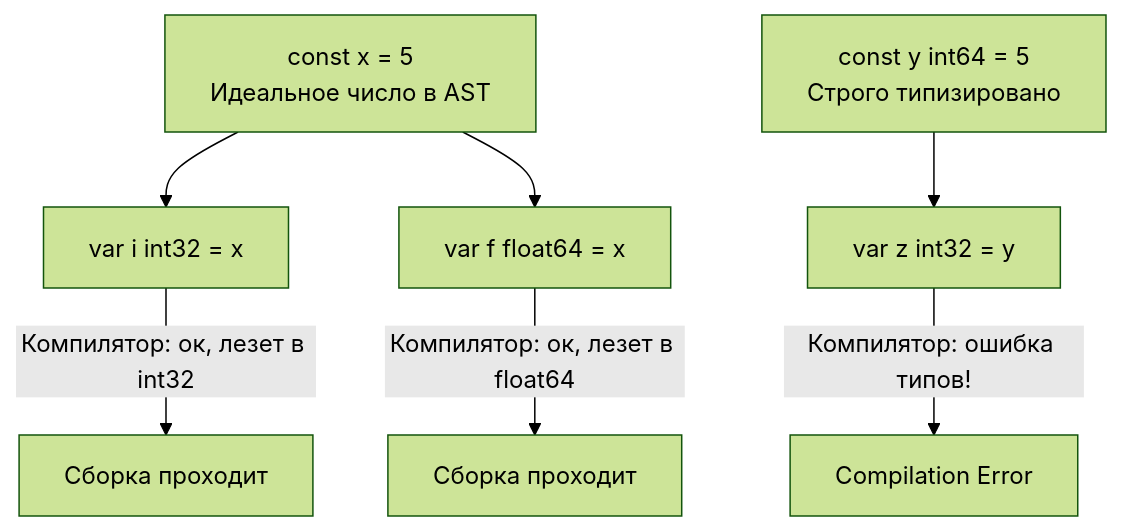
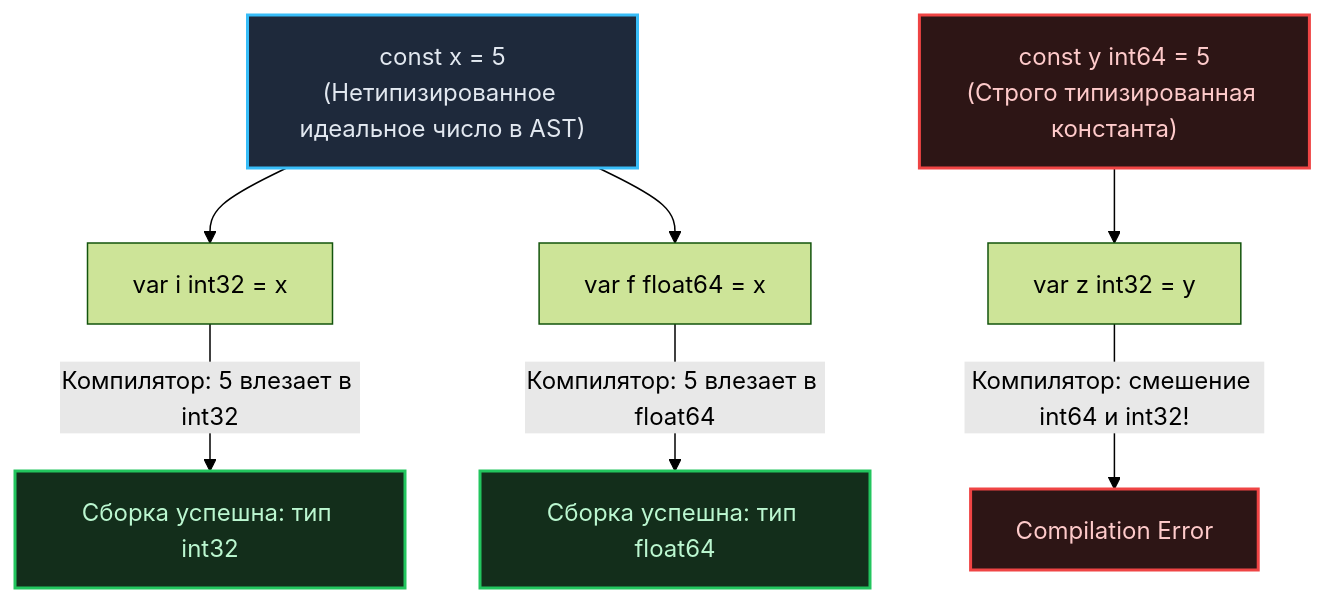
The diagram in sources/5. Учебник по Go (Основы и синтаксис)/5. Переменные, константы и вывод типа.md (UnrealTemplier/go-textbook), drawn with Mermaid (forest theme) before and after one commit. The commit also changed other lines of this file, not shown here.

````diff
--- a/sources/5. Учебник по Go (Основы и синтаксис)/5. Переменные, константы и вывод типа.md
+++ b/sources/5. Учебник по Go (Основы и синтаксис)/5. Переменные, константы и вывод типа.md
@@ -116,10 +135,16 @@
 ```mermaid
 flowchart TD
-    C["const x = 5<br>Идеальное число в AST"] --> A["var i int32 = x"]
+    C["const x = 5<br>(Нетипизированное идеальное число в AST)"] --> A["var i int32 = x"]
     C --> B["var f float64 = x"]
-    A -->|"Компилятор: ок, лезет в int32"| CA["Сборка проходит"]
-    B -->|"Компилятор: ок, лезет в float64"| CB["Сборка проходит"]
+    A -->|"Компилятор: 5 влезает в int32"| CA["Сборка успешна: тип int32"]
+    B -->|"Компилятор: 5 влезает в float64"| CB["Сборка успешна: тип float64"]
     
-    C2["const y int64 = 5<br>Строго типизировано"] --> D["var z int32 = y"]
-    D -->|"Компилятор: ошибка типов!"| E["Compilation Error"]
+    C2["const y int64 = 5<br>(Строго типизированная константа)"] --> D["var z int32 = y"]
+    D -->|"Компилятор: смешение int64 и int32!"| E["Compilation Error"]
+    
+    style C fill:#1e293b,stroke:#38bdf8,stroke-width:2px,color:#e2e8f0
+    style C2 fill:#2d1515,stroke:#ef4444,stroke-width:2px,color:#fecaca
+    style CA fill:#132e1b,stroke:#22c55e,stroke-width:2px,color:#bbf7d0
+    style CB fill:#132e1b,stroke:#22c55e,stroke-width:2px,color:#bbf7d0
+    style E fill:#2d1515,stroke:#ef4444,stroke-width:2px,color:#fecaca
 ```
````
